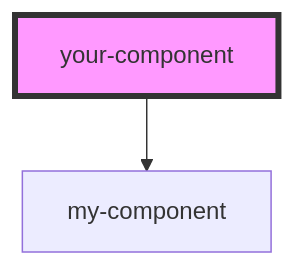
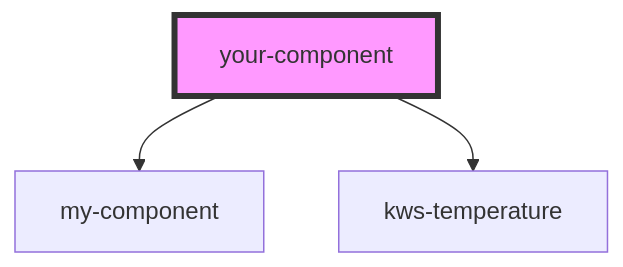
Before and after one commit to kensodemann/stencil_rollup_issue: the diagram in project-two/src/components/your-component/readme.md, drawn with Mermaid. The commit also changed other lines of this file and 3 other files, not shown here.

````diff
--- a/project-two/src/components/your-component/readme.md
+++ b/project-two/src/components/your-component/readme.md
@@ -24,5 +25,6 @@
 ```mermaid
 graph TD;
   your-component --> my-component
+  your-component --> kws-temperature
   style your-component fill:#f9f,stroke:#333,stroke-width:4px
 ```
````
